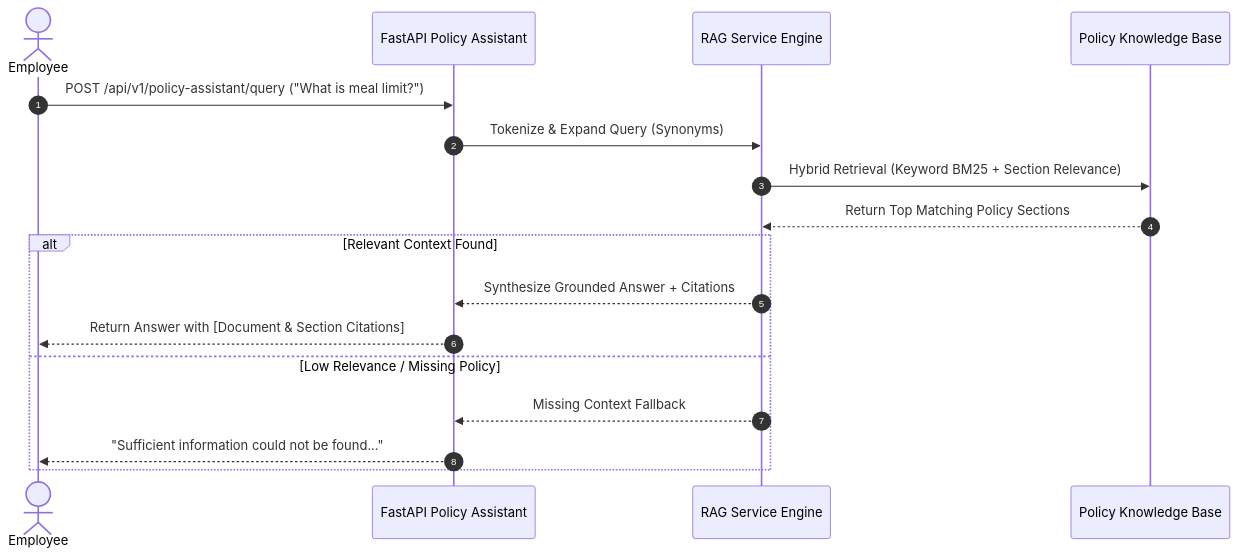
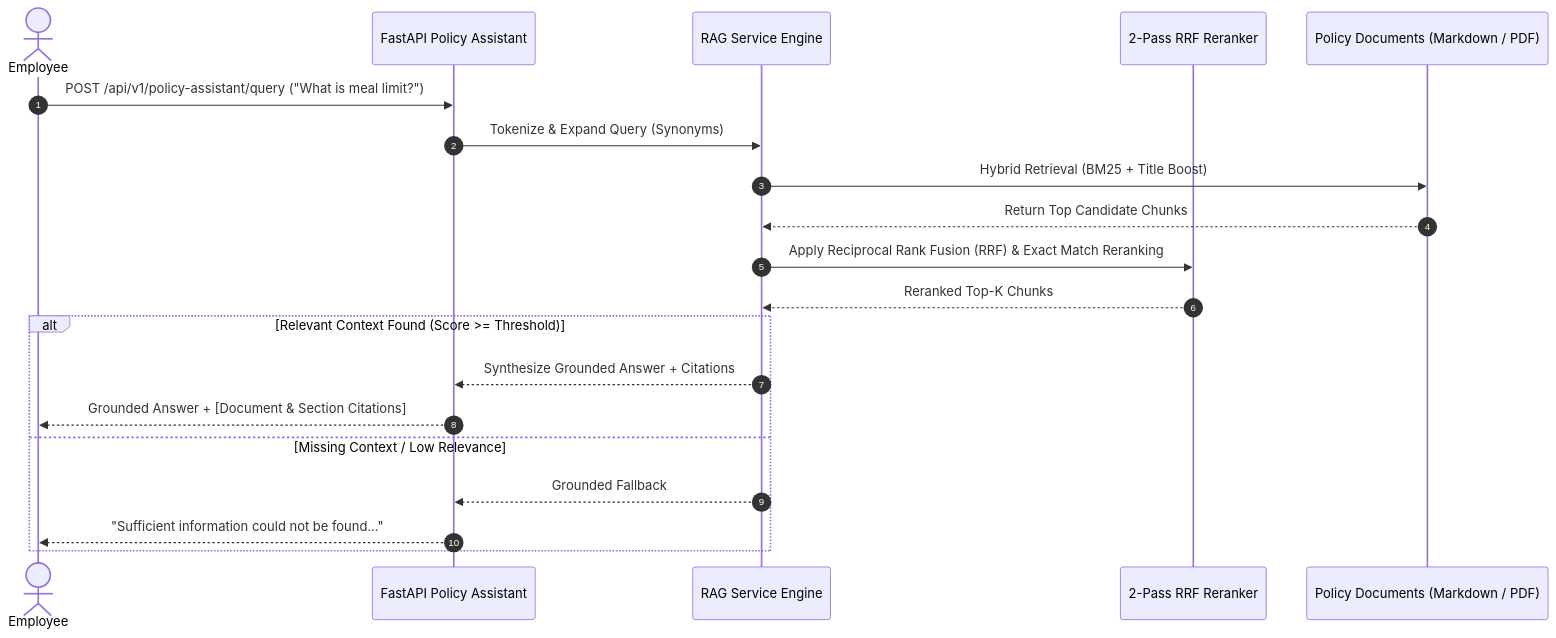
One commit to Hemant-Sharma-22/Expense-reimbursement-system changed the second of 2 diagrams in README.md. Above: the diagram before and after it, drawn with Mermaid. The commit also changed other lines of this file and 4 other files, not shown here.

Commit message:
Docs & Code: Add RRF Reranking, Feedback mechanism, PDF support, Incremental indexing, and full PDF deliverables to README

````diff
--- a/README.md
+++ b/README.md
@@ -122,20 +99,23 @@
 ```mermaid
 sequenceDiagram
     autonumber
     actor Employee
     participant API as FastAPI Policy Assistant
     participant RAG as RAG Service Engine
-    participant KB as Policy Knowledge Base
+    participant Reranker as 2-Pass RRF Reranker
+    participant KB as Policy Documents (Markdown / PDF)
     
     Employee->>API: POST /api/v1/policy-assistant/query ("What is meal limit?")
     API->>RAG: Tokenize & Expand Query (Synonyms)
-    RAG->>KB: Hybrid Retrieval (Keyword BM25 + Section Relevance)
-    KB-->>RAG: Return Top Matching Policy Sections
-    alt Relevant Context Found
+    RAG->>KB: Hybrid Retrieval (BM25 + Title Boost)
+    KB-->>RAG: Return Top Candidate Chunks
+    RAG->>Reranker: Apply Reciprocal Rank Fusion (RRF) & Exact Match Reranking
+    Reranker-->>RAG: Reranked Top-K Chunks
+    alt Relevant Context Found (Score >= Threshold)
         RAG-->>API: Synthesize Grounded Answer + Citations
-        API-->>Employee: Return Answer with [Document & Section Citations]
-    else Low Relevance / Missing Policy
-        RAG-->>API: Missing Context Fallback
+        API-->>Employee: Grounded Answer + [Document & Section Citations]
+    else Missing Context / Low Relevance
+        RAG-->>API: Grounded Fallback
         API-->>Employee: "Sufficient information could not be found..."
     end
 ```
````
